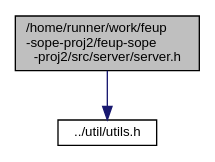
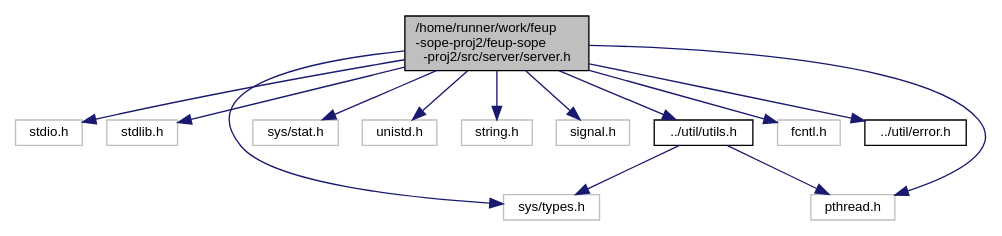
One commit to ctrlMarcio/feup-sope-proj2 changed the diagram in server_8h__incl.dot. Above: the diagram before and after it, drawn with Graphviz. The commit also changed 53 other files, not shown here.

```diff
--- a/server_8h__incl.dot
+++ b/server_8h__incl.dot
@@ -1,8 +1,30 @@
 digraph "/home/runner/work/feup-sope-proj2/feup-sope-proj2/src/server/server.h"
 {
   edge [fontname="Helvetica",fontsize="10",labelfontname="Helvetica",labelfontsize="10"];
   node [fontname="Helvetica",fontsize="10",shape=record];
   Node0 [label="/home/runner/work/feup\l-sope-proj2/feup-sope\l-proj2/src/server/server.h",height=0.2,width=0.4,color="black", fillcolor="grey75", style="filled", fontcolor="black"];
   Node0 -> Node1 [color="midnightblue",fontsize="10",style="solid",fontname="Helvetica"];
-  Node1 [label="../util/utils.h",height=0.2,width=0.4,color="black", fillcolor="white", style="filled",URL="$utils_8h_source.html"];
+  Node1 [label="stdio.h",height=0.2,width=0.4,color="grey75", fillcolor="white", style="filled"];
+  Node0 -> Node2 [color="midnightblue",fontsize="10",style="solid",fontname="Helvetica"];
+  Node2 [label="stdlib.h",height=0.2,width=0.4,color="grey75", fillcolor="white", style="filled"];
+  Node0 -> Node3 [color="midnightblue",fontsize="10",style="solid",fontname="Helvetica"];
+  Node3 [label="sys/types.h",height=0.2,width=0.4,color="grey75", fillcolor="white", style="filled"];
+  Node0 -> Node4 [color="midnightblue",fontsize="10",style="solid",fontname="Helvetica"];
+  Node4 [label="sys/stat.h",height=0.2,width=0.4,color="grey75", fillcolor="white", style="filled"];
+  Node0 -> Node5 [color="midnightblue",fontsize="10",style="solid",fontname="Helvetica"];
+  Node5 [label="unistd.h",height=0.2,width=0.4,color="grey75", fillcolor="white", style="filled"];
+  Node0 -> Node6 [color="midnightblue",fontsize="10",style="solid",fontname="Helvetica"];
+  Node6 [label="string.h",height=0.2,width=0.4,color="grey75", fillcolor="white", style="filled"];
+  Node0 -> Node7 [color="midnightblue",fontsize="10",style="solid",fontname="Helvetica"];
+  Node7 [label="signal.h",height=0.2,width=0.4,color="grey75", fillcolor="white", style="filled"];
+  Node0 -> Node8 [color="midnightblue",fontsize="10",style="solid",fontname="Helvetica"];
+  Node8 [label="pthread.h",height=0.2,width=0.4,color="grey75", fillcolor="white", style="filled"];
+  Node0 -> Node9 [color="midnightblue",fontsize="10",style="solid",fontname="Helvetica"];
+  Node9 [label="fcntl.h",height=0.2,width=0.4,color="grey75", fillcolor="white", style="filled"];
+  Node0 -> Node10 [color="midnightblue",fontsize="10",style="solid",fontname="Helvetica"];
+  Node10 [label="../util/error.h",height=0.2,width=0.4,color="black", fillcolor="white", style="filled",URL="$error_8h.html",tooltip="Defines the possible errors. "];
+  Node0 -> Node11 [color="midnightblue",fontsize="10",style="solid",fontname="Helvetica"];
+  Node11 [label="../util/utils.h",height=0.2,width=0.4,color="black", fillcolor="white", style="filled",URL="$utils_8h_source.html"];
+  Node11 -> Node3 [color="midnightblue",fontsize="10",style="solid",fontname="Helvetica"];
+  Node11 -> Node8 [color="midnightblue",fontsize="10",style="solid",fontname="Helvetica"];
 }
```
